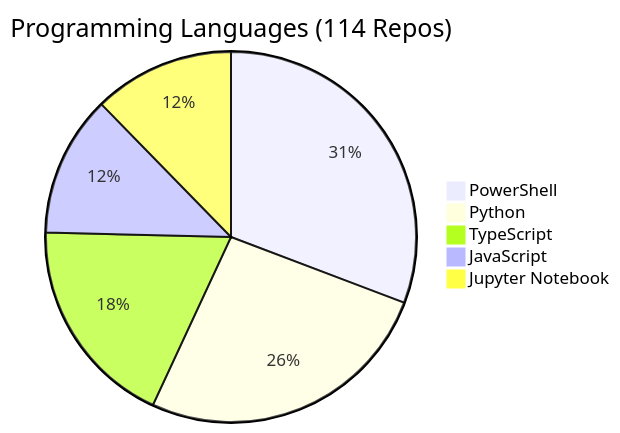
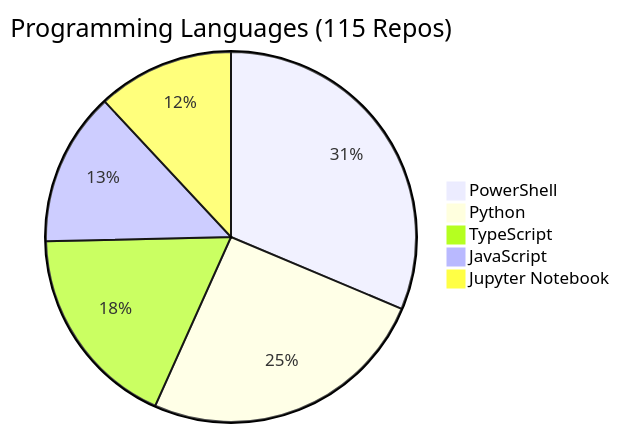
One commit to fabioc-aloha/fabioc-aloha changed the diagram in REPOS.md. Above: the diagram before and after it, drawn with Mermaid. The commit also changed other lines of this file and 1 other file, not shown here.

````diff
--- a/REPOS.md
+++ b/REPOS.md
@@ -157,8 +158,8 @@
 ```mermaid
-pie title Programming Languages (114 Repos)
-    "PowerShell" : 20
+pie title Programming Languages (115 Repos)
+    "PowerShell" : 21
     "Python" : 17
     "TypeScript" : 12
-    "JavaScript" : 8
+    "JavaScript" : 9
     "Jupyter Notebook" : 8
 ```
````
